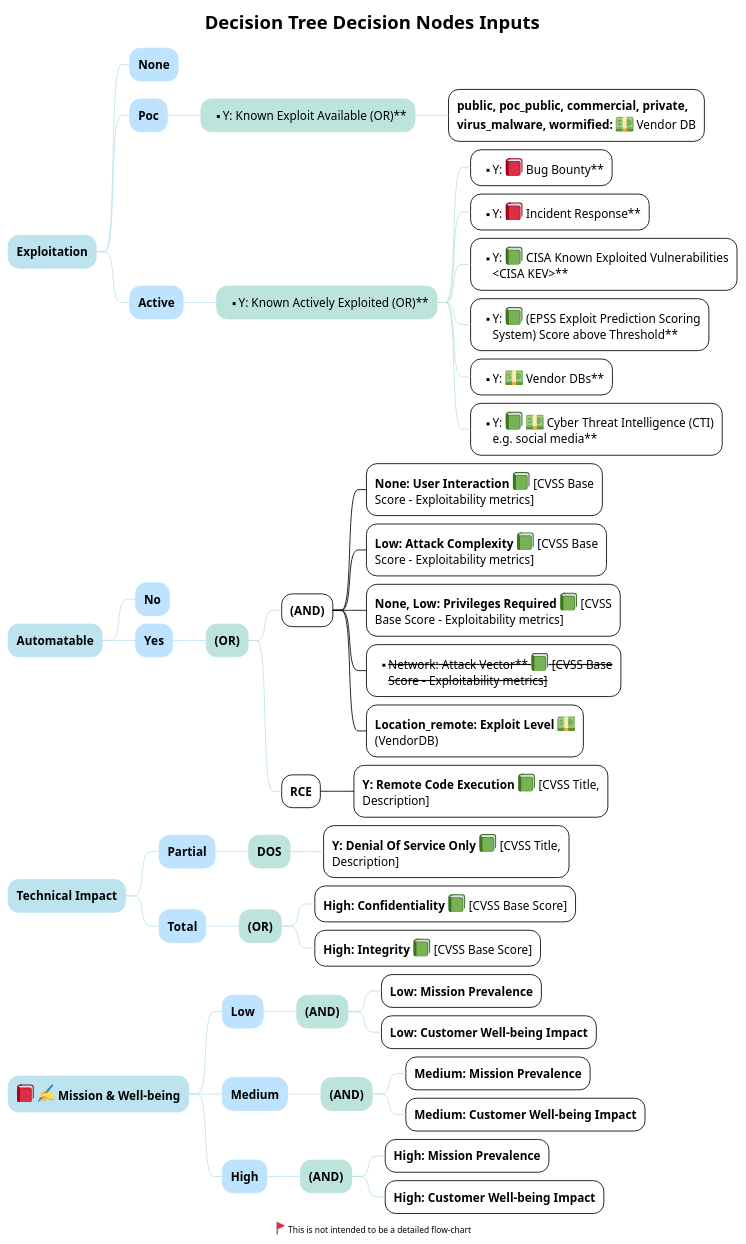
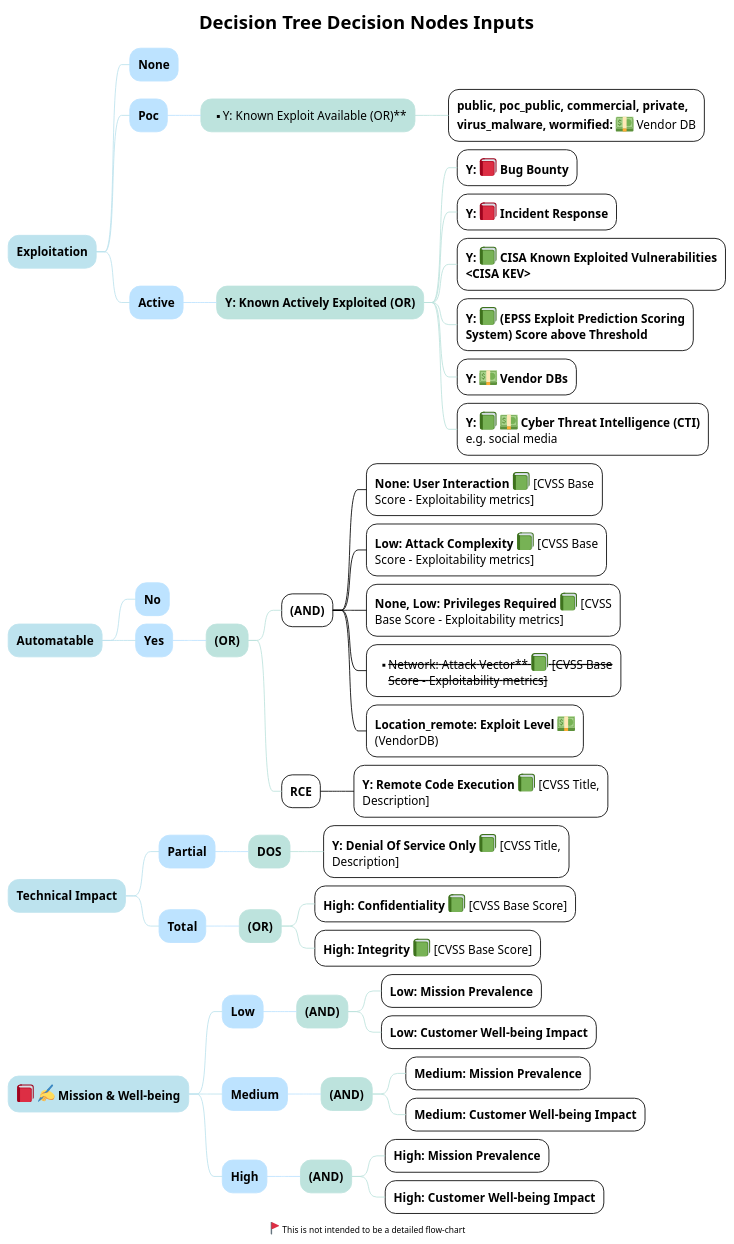
The diagram in DT_decisions.puml (theparanoids/PrioritizedRiskRemediation), drawn with PlantUML before and after one commit. The commit also changed 1 other file, not shown here.

```diff
--- a/DT_decisions.puml
+++ b/DT_decisions.puml
@@ -3,79 +3,79 @@
 @startmindmap
 !theme plain
 
 <style>
 
 mindmapDiagram {
    :depth(0) {
     BackGroundColor #BDE3ee
     LineColor #BDE3ee
   }
    :depth(1) {
     BackGroundColor #BDE3FF
     LineColor #BDE3FF
   }
    :depth(2) {
     BackGroundColor #BDE3dd
     LineColor #BDE3dd
   }
 }
 </style>
 
 Title Decision Tree Decision Nodes Inputs
 
 * **Exploitation**
 ** **None**
 ** **Poc**
 *** ** Y: Known Exploit Available (OR)**
 **** **public, poc_public, commercial, private, virus_malware, wormified:** <:dollar:> Vendor DB
 ** **Active**
-*** ** Y: Known Actively Exploited (OR)**
-**** ** Y: <:closed_book:> Bug Bounty**
-**** ** Y: <:closed_book:> Incident Response**
-**** ** Y: <:green_book:> CISA Known Exploited Vulnerabilities <CISA KEV>**
-**** ** Y: <:green_book:> (EPSS Exploit Prediction Scoring System) Score above Threshold**
-**** ** Y: <:dollar:> Vendor DBs**
-**** ** Y: <:green_book:> <:dollar:> Cyber Threat Intelligence (CTI) e.g. social media**
+*** **Y: Known Actively Exploited** **(OR)**
+**** **Y:** <:closed_book:> **Bug Bounty**
+**** **Y:** <:closed_book:> **Incident Response**
+**** **Y:** <:green_book:> **CISA Known Exploited Vulnerabilities <CISA KEV>**
+**** **Y:** <:green_book:> **(EPSS Exploit Prediction Scoring System) Score above Threshold**
+**** **Y:** <:dollar:> **Vendor DBs**
+**** **Y:** <:green_book:> <:dollar:> **Cyber Threat Intelligence (CTI)** e.g. social media
 
 
 * **Automatable** 
 ** **No**
 ** **Yes**
 *** **(OR)**
 
 **** **(AND)**
 ***** **None: User Interaction** <:green_book:> [CVSS Base Score - Exploitability metrics]
 ***** **Low: Attack Complexity** <:green_book:> [CVSS Base Score - Exploitability metrics]
 ***** **None, Low: Privileges Required **<:green_book:> [CVSS Base Score - Exploitability metrics]
 ***** ** <s>Network: Attack Vector** <:green_book:> [CVSS Base Score - Exploitability metrics]</s>
 ***** **Location_remote: Exploit Level** <:dollar:> (VendorDB) 
 **** **RCE**
 ***** **Y: Remote Code Execution** <:green_book:> [CVSS Title, Description]
 
 * **Technical Impact**
 ** **Partial**
 *** **DOS**
 **** **Y: Denial Of Service Only** <:green_book:> [CVSS Title, Description]
 ** **Total**
 *** **(OR)**
 **** **High: Confidentiality **<:green_book:> [CVSS Base Score]
 **** **High: Integrity **<:green_book:> [CVSS Base Score]
 
 
 * **<:closed_book:> <:writing_hand:> Mission & Well-being **
 ** **Low**
 *** **(AND)** 
 **** **Low: Mission Prevalence** 
 **** **Low: Customer Well-being Impact** 
 ** **Medium** 
 *** **(AND)** 
 **** **Medium: Mission Prevalence** 
 **** **Medium: Customer Well-being Impact**
 ** **High** 
 *** **(AND)** 
 **** **High: Mission Prevalence** 
 **** **High: Customer Well-being Impact** 
 
 center footer <:triangular_flag_on_post:> This is not intended to be a detailed flow-chart
 
 @endmindmap
```
